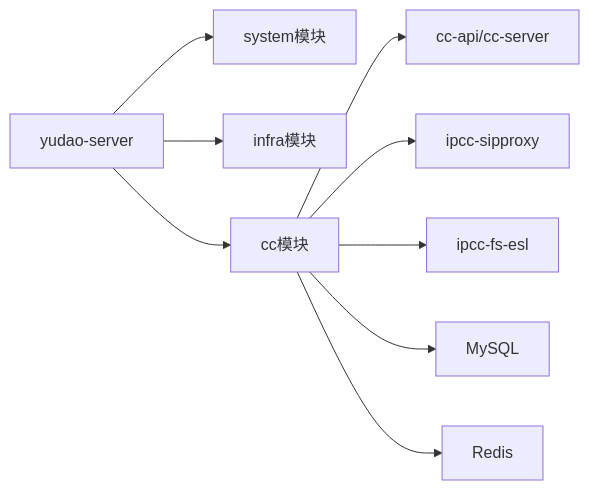
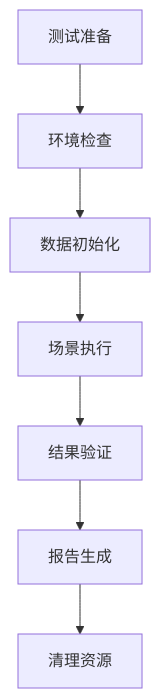
The fifth of 5 diagrams in .qoder/repowiki/zh/content/项目概述.md (D2Moqi/open-ipcc), drawn with Mermaid before and after one commit. The commit also changed other lines of this file and 577 other files, not shown here.

````diff
--- a/.qoder/repowiki/zh/content/项目概述.md
+++ b/.qoder/repowiki/zh/content/项目概述.md
@@ -221,11 +323,9 @@
 ```mermaid
-graph LR
-Server["yudao-server"] --> System["system模块"]
-Server --> Infra["infra模块"]
-Server --> CC["cc模块"]
-CC --> CCPkg["cc-api/cc-server"]
-CC --> SIP["ipcc-sipproxy"]
-CC --> ESL["ipcc-fs-esl"]
-CC --> DB["MySQL"]
-CC --> Cache["Redis"]
+flowchart TD
+A["测试准备"] --> B["环境检查"]
+B --> C["数据初始化"]
+C --> D["场景执行"]
+D --> E["结果验证"]
+E --> F["报告生成"]
+F --> G["清理资源"]
 ```
````
